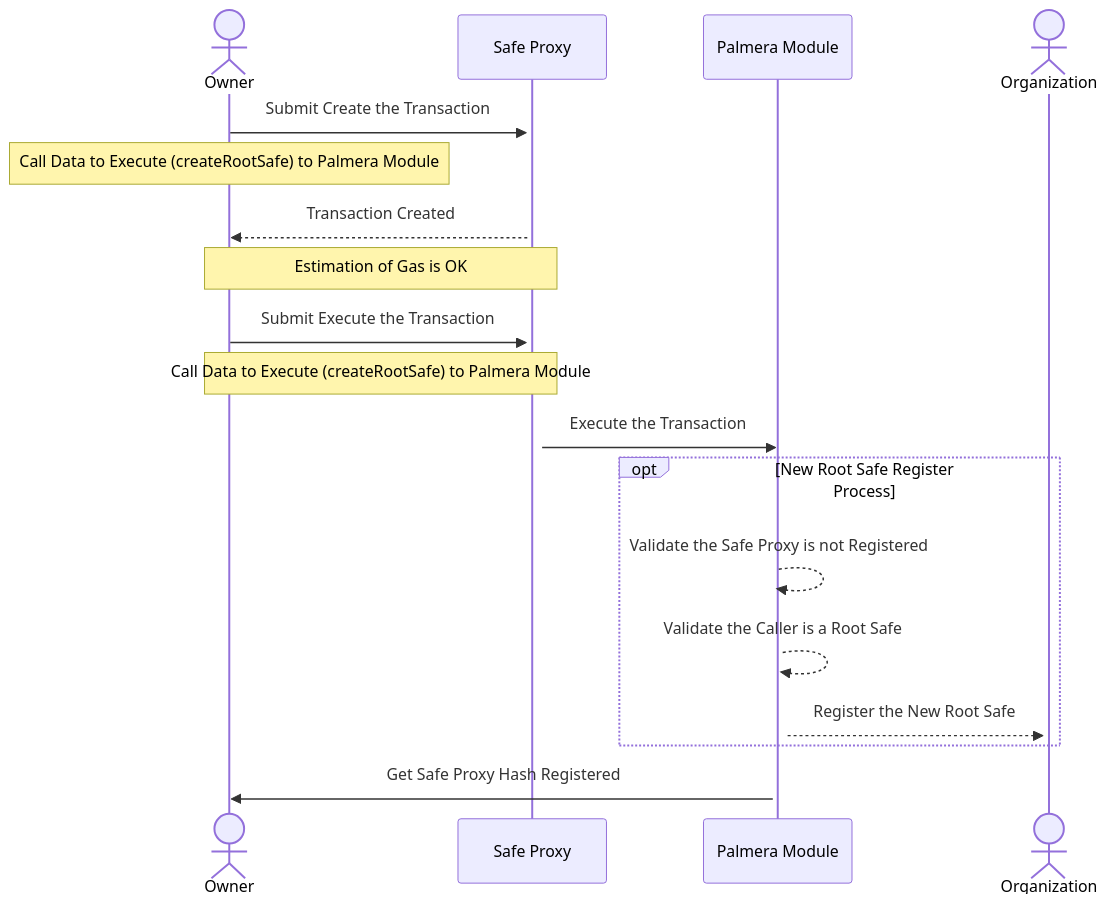
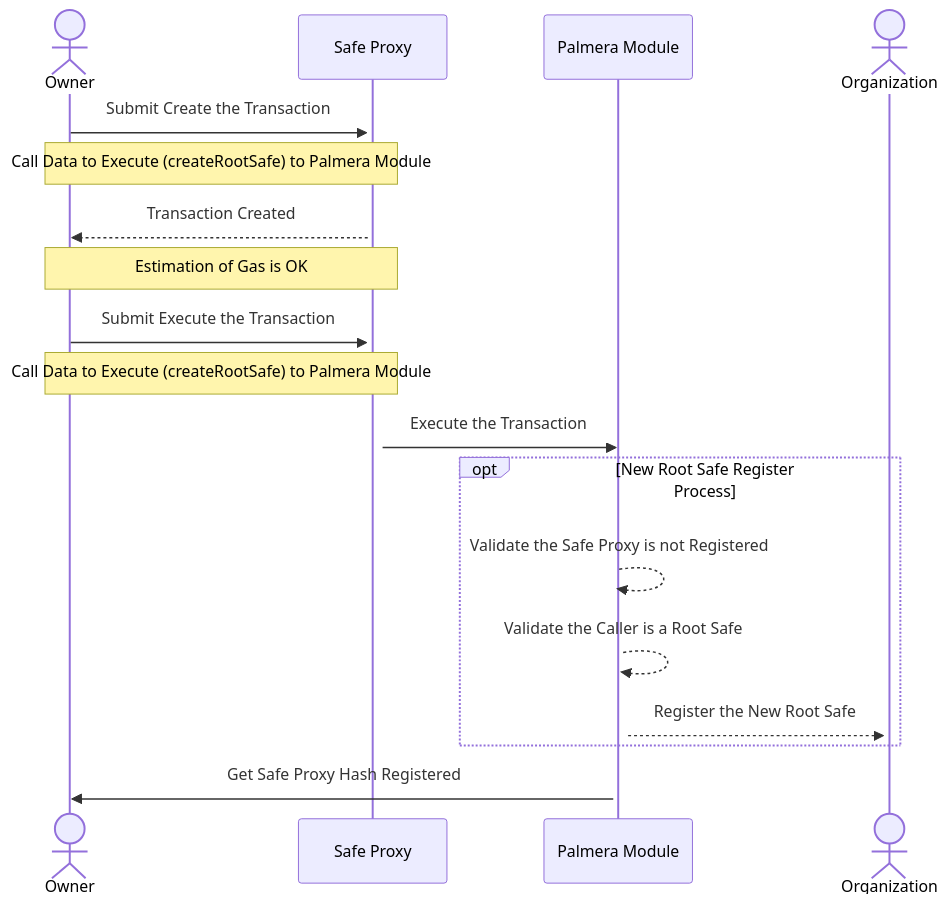
One commit to keyper-labs/PalmeraModule changed the fifth of 8 diagrams in doc/diagram/General Overview of Diagram.md. Above: the diagram before and after it, drawn with Mermaid.

Commit message:
FIX: fix add new Root Safe diagram

````diff
--- a/doc/diagram/General Overview of Diagram.md
+++ b/doc/diagram/General Overview of Diagram.md
@@ -159,21 +159,21 @@
 ```mermaid
 sequenceDiagram
     actor OW as Owner
     participant S as Safe Proxy
     participant PM as Palmera Module
     actor O as Organization
 
     OW->>+S: Submit Create the Transaction 
-    Note over OW,OW: Call Data to Execute (createRootSafe) to Palmera Module
+    Note over OW,S: Call Data to Execute (createRootSafe) to Palmera Module
     S-->>OW: Transaction Created
     Note over OW,S: Estimation of Gas is OK
     OW->>+S: Submit Execute the Transaction
     Note over OW,S: Call Data to Execute (createRootSafe) to Palmera Module
     S->>PM: Execute the Transaction
     opt New Root Safe Register Process
         PM-->>+PM: Validate the Safe Proxy is not Registered
         PM-->>+PM: Validate the Caller is a Root Safe
         PM-->>+O: Register the New Root Safe
     end
     PM->>OW: Get Safe Proxy Hash Registered
 ```
````
